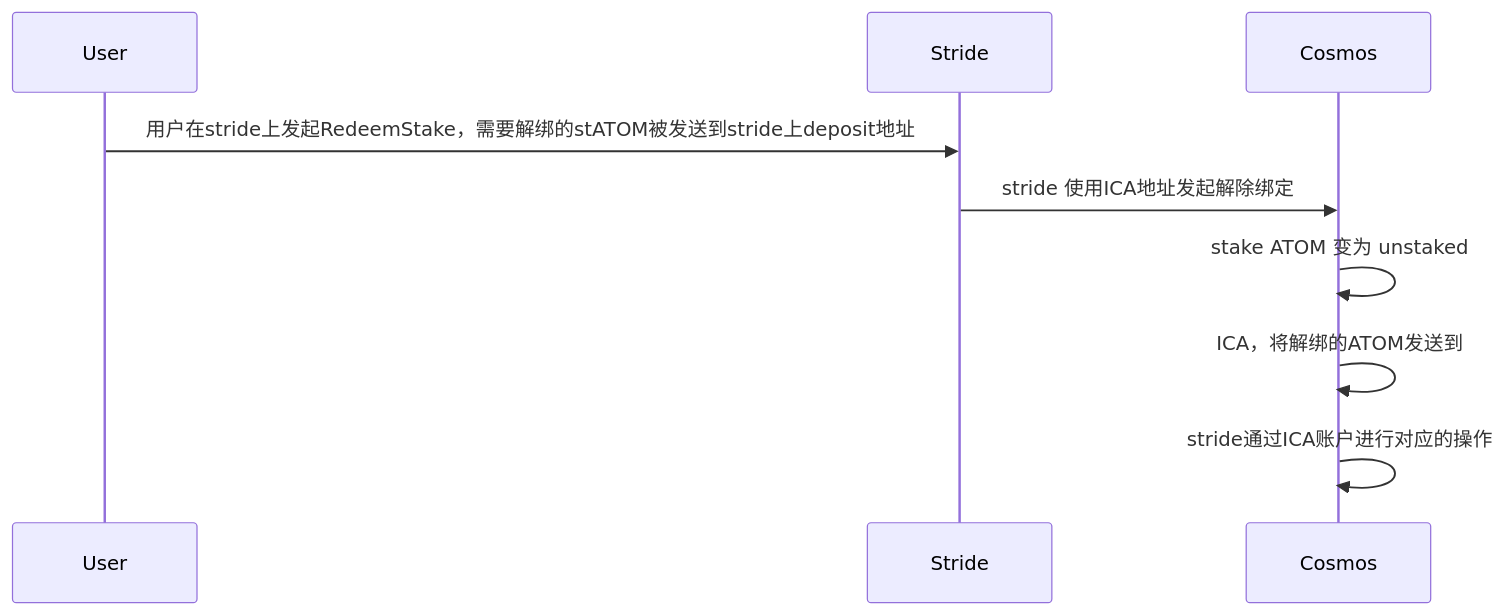
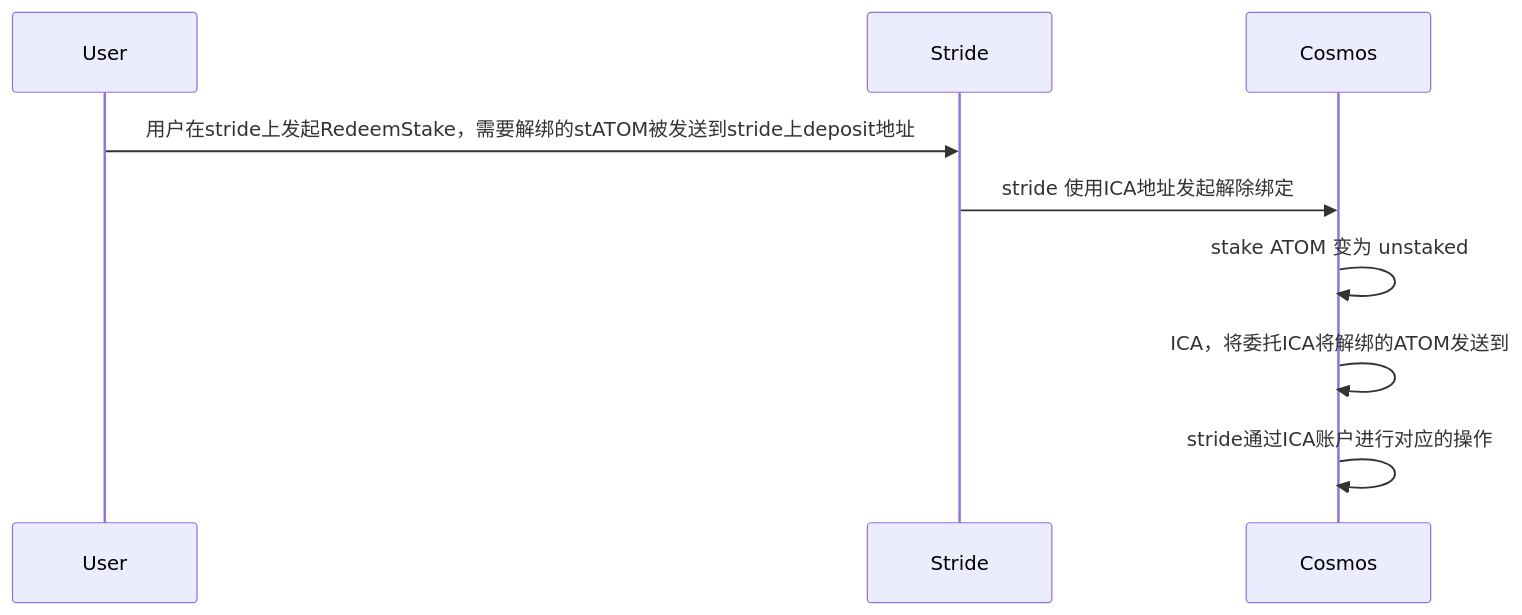
The diagram in all/unbonding.md (yingjianzh/iodraw-files), drawn with Mermaid before and after one commit.

Commit message:
2024-03-28 15:33:10 update

````diff
--- a/all/unbonding.md
+++ b/all/unbonding.md
@@ -1,8 +1,8 @@
 ```mermaid
 sequenceDiagram
     User->>Stride: 用户在stride上发起RedeemStake，需要解绑的stATOM被发送到stride上deposit地址
     Stride->>Cosmos: stride 使用ICA地址发起解除绑定
     Cosmos->>Cosmos: stake ATOM 变为 unstaked
-    Cosmos->>Cosmos: ICA，将解绑的ATOM发送到
+    Cosmos->>Cosmos: ICA，将委托ICA将解绑的ATOM发送到
     Cosmos->>Cosmos: stride通过ICA账户进行对应的操作
 ```
````
